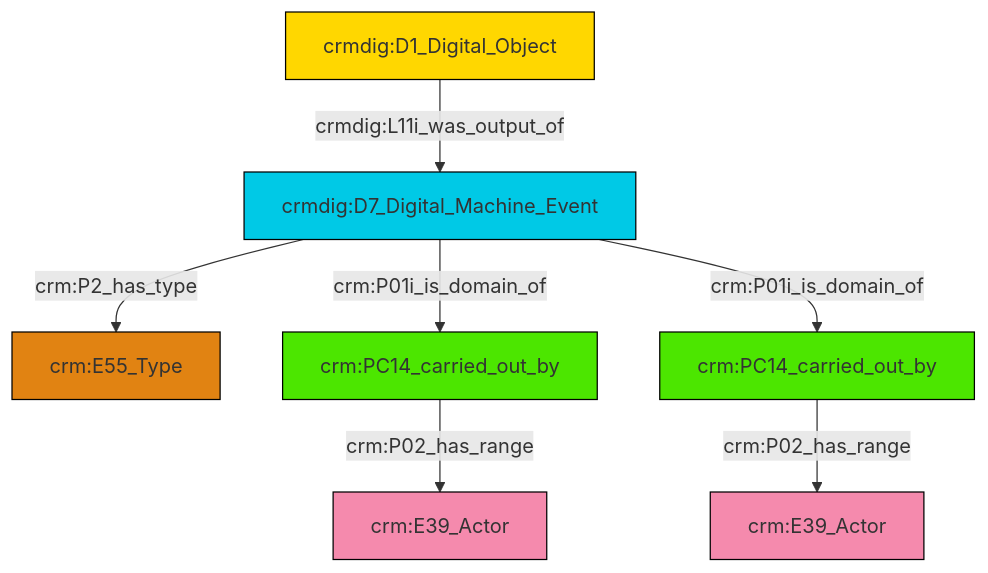
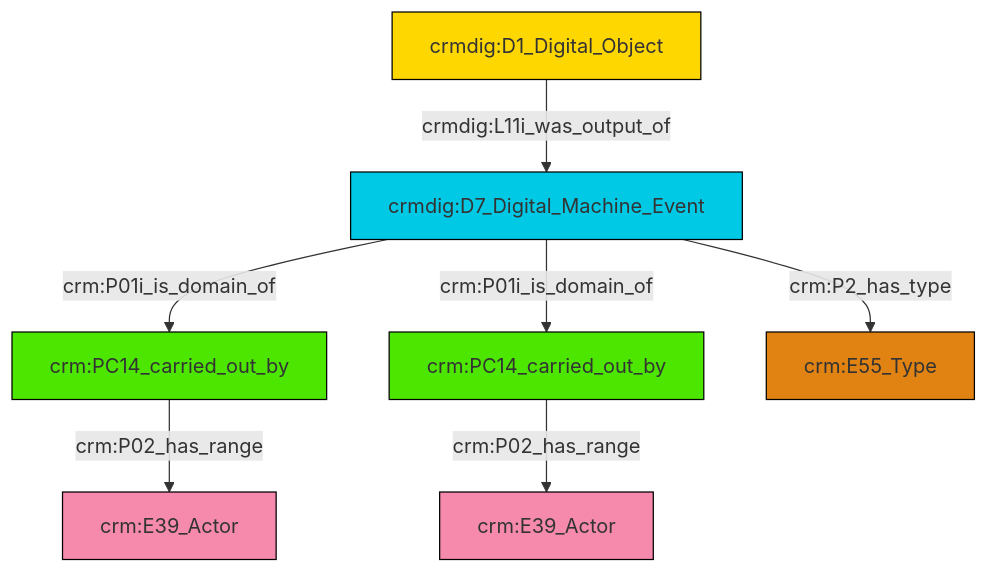
The diagram in et/doCSV/ttl/mmd/do_actor_relations.ttl.mmd (swiss-art-research-net/docs.swissartresearch), drawn with Mermaid before and after one commit. The commit also changed 173 other files, not shown here.

```diff
--- a/et/doCSV/ttl/mmd/do_actor_relations.ttl.mmd
+++ b/et/doCSV/ttl/mmd/do_actor_relations.ttl.mmd
@@ -1,21 +1,21 @@
 graph TD
 classDef Literal fill:#f2f2f2,stroke:#000000;
 classDef CRM_Entity fill:#FFFFFF,stroke:#000000;
 classDef Temporal_Entity fill:#00C9E6, stroke:#000000;
 classDef Type fill:#E18312, stroke:#000000;
 classDef Time-Span fill:#2C9C91, stroke:#000000;
 classDef Appellation fill:#FFEB7F, stroke:#000000;
 classDef Place fill:#008836, stroke:#000000;
 classDef Persistent_Item fill:#B266B2, stroke:#000000;
 classDef Conceptual_Object fill:#FFD700, stroke:#000000;
 classDef Physical_Thing fill:#D2B48C, stroke:#000000;
 classDef Actor fill:#f58aad, stroke:#000000;
 classDef PC_Classes fill:#4ce600, stroke:#000000;
 classDef Multi fill:#cccccc,stroke:#000000;
 
-0["crmdig:D7_Digital_Machine_Event"]:::Temporal_Entity -->|crm:P2_has_type| 1["crm:E55_Type"]:::Type
-2["crm:PC14_carried_out_by"]:::PC_Classes -->|crm:P02_has_range| 8["crm:E39_Actor"]:::Actor
-9["crmdig:D1_Digital_Object"]:::Conceptual_Object -->|crmdig:L11i_was_output_of| 0["crmdig:D7_Digital_Machine_Event"]:::Temporal_Entity
-0["crmdig:D7_Digital_Machine_Event"]:::Temporal_Entity -->|crm:P01i_is_domain_of| 2["crm:PC14_carried_out_by"]:::PC_Classes
-0["crmdig:D7_Digital_Machine_Event"]:::Temporal_Entity -->|crm:P01i_is_domain_of| 5["crm:PC14_carried_out_by"]:::PC_Classes
-5["crm:PC14_carried_out_by"]:::PC_Classes -->|crm:P02_has_range| 10["crm:E39_Actor"]:::Actor
+2["crm:PC14_carried_out_by"]:::PC_Classes -->|crm:P02_has_range| 0["crm:E39_Actor"]:::Actor
+3["crmdig:D1_Digital_Object"]:::Conceptual_Object -->|crmdig:L11i_was_output_of| 4["crmdig:D7_Digital_Machine_Event"]:::Temporal_Entity
+4["crmdig:D7_Digital_Machine_Event"]:::Temporal_Entity -->|crm:P01i_is_domain_of| 5["crm:PC14_carried_out_by"]:::PC_Classes
+5["crm:PC14_carried_out_by"]:::PC_Classes -->|crm:P02_has_range| 11["crm:E39_Actor"]:::Actor
+4["crmdig:D7_Digital_Machine_Event"]:::Temporal_Entity -->|crm:P2_has_type| 6["crm:E55_Type"]:::Type
+4["crmdig:D7_Digital_Machine_Event"]:::Temporal_Entity -->|crm:P01i_is_domain_of| 2["crm:PC14_carried_out_by"]:::PC_Classes
```
